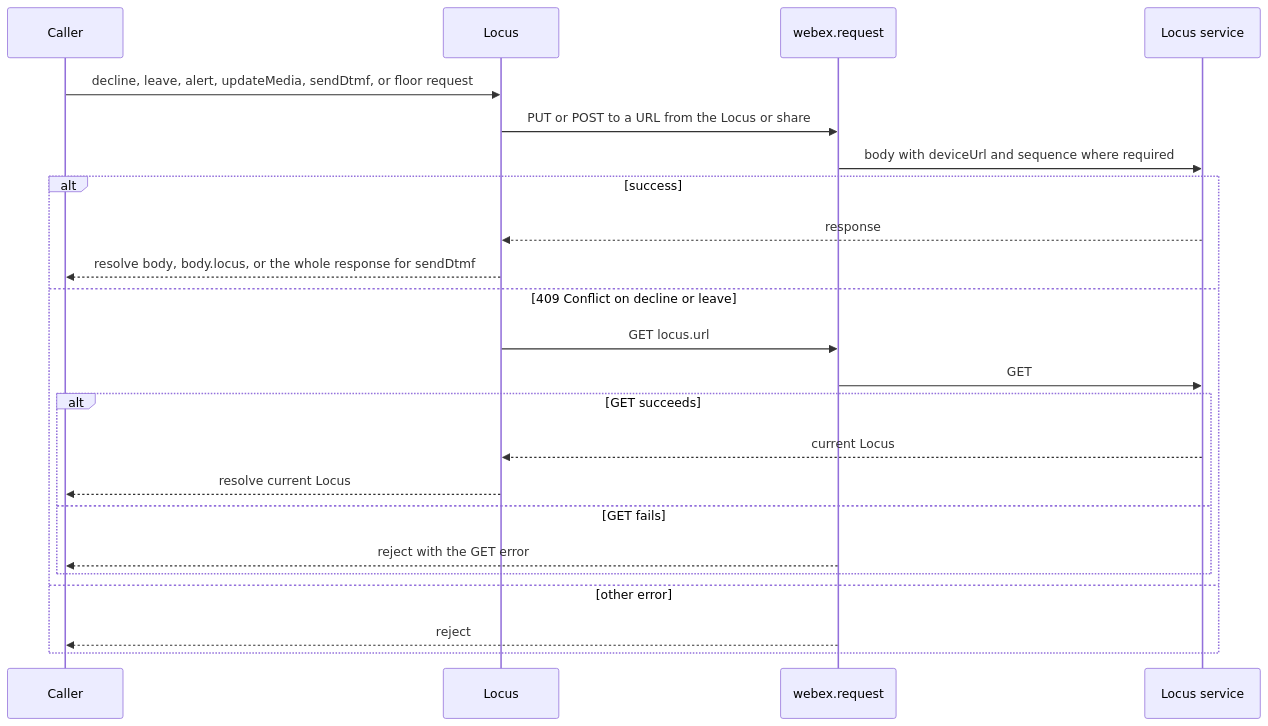
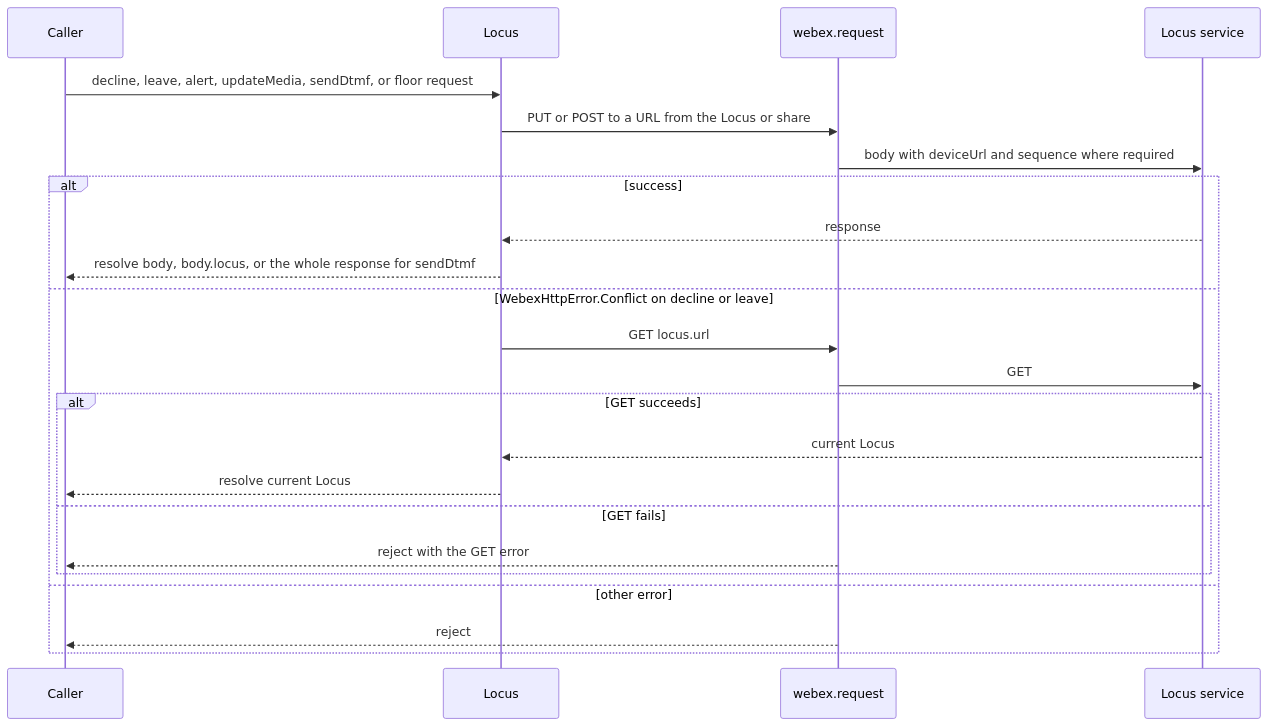
One commit to webex/webex-js-sdk changed the second of 5 diagrams in packages/@webex/internal-plugin-locus/src/docs/README.md. Above: the diagram before and after it, drawn with Mermaid. The commit also changed other lines of this file and 3 other files, not shown here.

````diff
--- a/packages/@webex/internal-plugin-locus/src/docs/README.md
+++ b/packages/@webex/internal-plugin-locus/src/docs/README.md
@@ -232,25 +232,25 @@
 ```mermaid
 sequenceDiagram
   participant Caller
   participant Locus
   participant Request as webex.request
   participant Service as Locus service
   Caller->>Locus: decline, leave, alert, updateMedia, sendDtmf, or floor request
   Locus->>Request: PUT or POST to a URL from the Locus or share
   Request->>Service: body with deviceUrl and sequence where required
   alt success
     Service-->>Locus: response
     Locus-->>Caller: resolve body, body.locus, or the whole response for sendDtmf
-  else 409 Conflict on decline or leave
+  else WebexHttpError.Conflict on decline or leave
     Locus->>Request: GET locus.url
     Request->>Service: GET
     alt GET succeeds
       Service-->>Locus: current Locus
       Locus-->>Caller: resolve current Locus
     else GET fails
       Request-->>Caller: reject with the GET error
     end
   else other error
     Request-->>Caller: reject
   end
 ```
````
